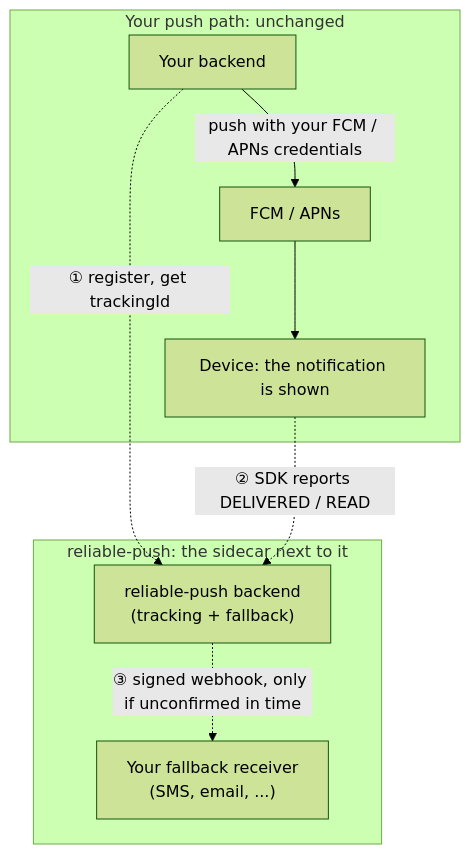
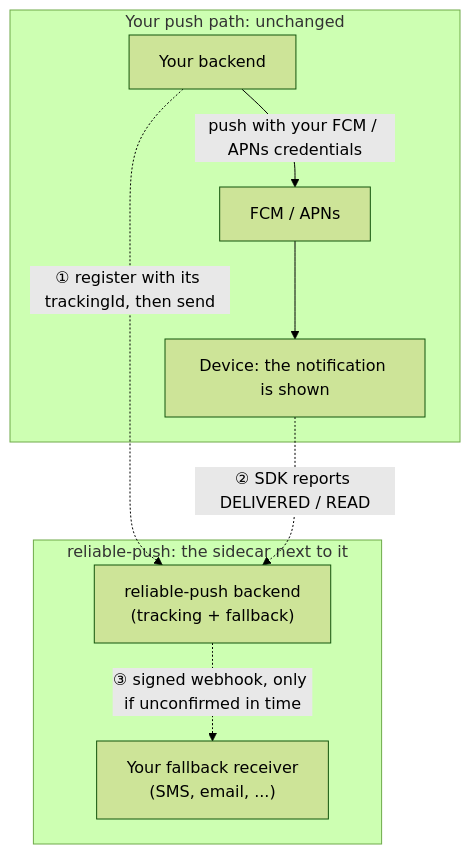
Before and after one commit to valentirob/reliable-push: the diagram in README.md, drawn with Mermaid (forest theme). The commit also changed other lines of this file and 20 other files, not shown here.

````diff
--- a/README.md
+++ b/README.md
@@ -32,14 +34,14 @@
 ```mermaid
 flowchart TB
   subgraph main["Your push path: unchanged"]
     BE["Your backend"] -- "push with your FCM / APNs credentials" --> PS["FCM / APNs"]
     PS --> DEV["Device: the notification is shown"]
   end
   subgraph side["reliable-push: the sidecar next to it"]
     RP["reliable-push backend<br/>(tracking + fallback)"]
     FR["Your fallback receiver<br/>(SMS, email, ...)"]
     RP -. "③ signed webhook, only if unconfirmed in time" .-> FR
   end
-  BE -. "① register, get trackingId" .-> RP
+  BE -. "① register with its trackingId, then send" .-> RP
   DEV -. "② SDK reports DELIVERED / READ" .-> RP
 ```
````
